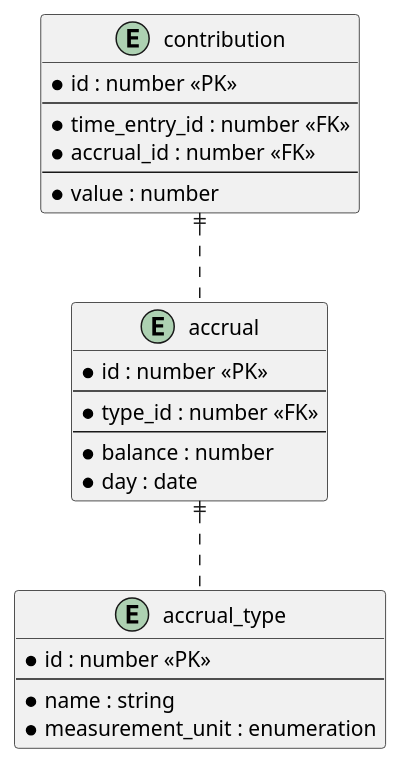
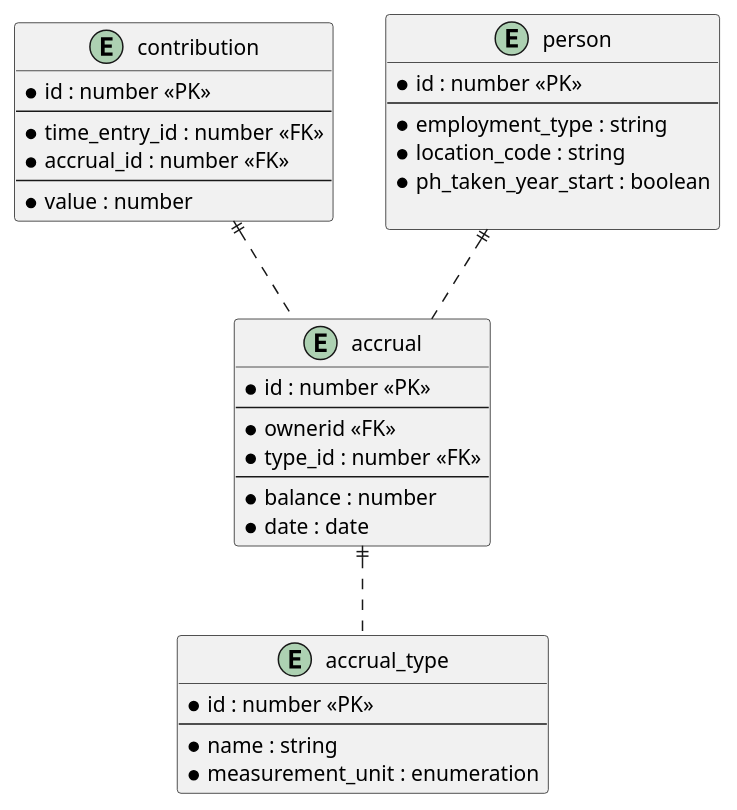
Before and after one commit to UKHomeOffice/callisto-accruals-restapi: the diagram in docs/containers/rest-api/storage-model.puml, drawn with PlantUML. The commit also changed 6 other files, not shown here.

```diff
--- a/docs/containers/rest-api/storage-model.puml
+++ b/docs/containers/rest-api/storage-model.puml
@@ -1,30 +1,44 @@
 @startuml
+
 
 entity accrual {
   * id : number <<PK>>
   --
+  * ownerid << FK >>
   * type_id : number <<FK>>
   --
   * balance : number
-  * day : date
+  * date : date
 }
 
 entity contribution {
   * id : number <<PK>>
   --
   * time_entry_id : number <<FK>>
   * accrual_id : number <<FK>>
   --
   * value : number
 }
 
 entity accrual_type {
   * id : number <<PK>>
   --
   * name : string
   * measurement_unit : enumeration
 }
+
 accrual ||.. accrual_type
 contribution ||.. accrual
 
+entity person {
+  * id : number <<PK>>
+  --
+  * employment_type : string
+  * location_code : string
+  * ph_taken_year_start : boolean
+  
+}
+
+person ||.. accrual
+
 @enduml
```
